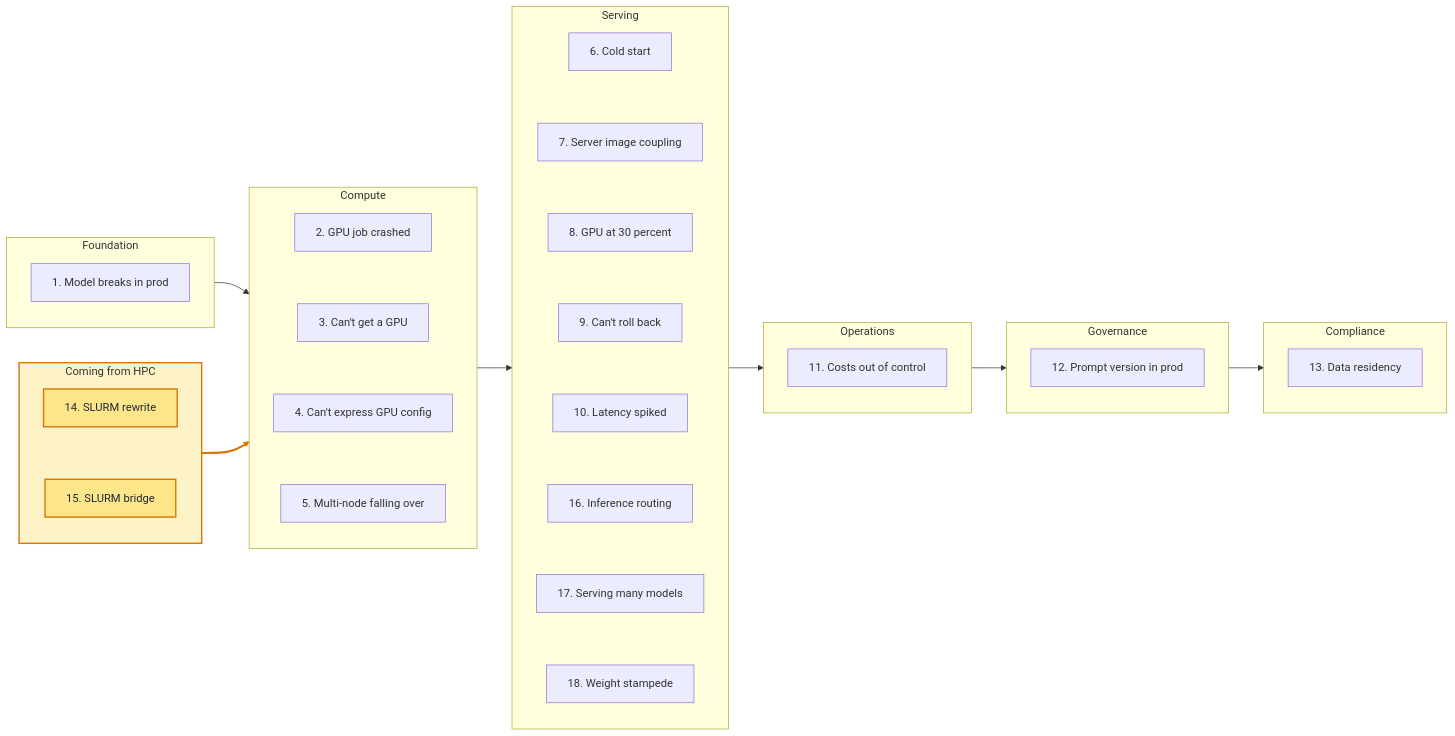
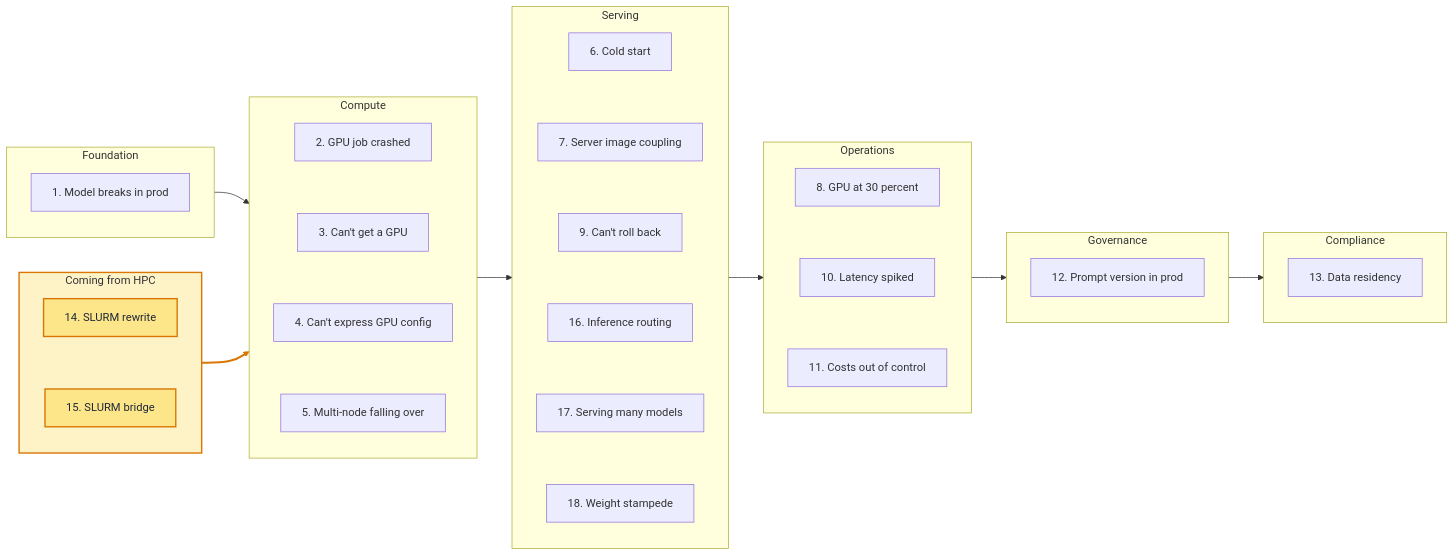
Before and after one commit to arun-gupta/the-pain-first-way: the diagram in README.md, drawn with Mermaid.

Commit message:
Rebalance Serving cluster: move GPU-underutilization and latency to Operations
Serving held 8 pains while Operations held 1. Pains 8 (GPU underutilization)
and 10 (latency observability) are day-2 operational concerns, not serving
concerns, so they join 11 (costs) to form a coherent Operations cluster.
Serving trims to 6 (6, 7, 9, 16, 17, 18). The SLURM on-ramp highlight is
unaffected.

````diff
--- a/README.md
+++ b/README.md
@@ -23,77 +23,77 @@
 ```mermaid
 flowchart LR
     subgraph S1[Foundation]
         direction TB
         N1[1. Model breaks in prod]
     end
     subgraph S2[Compute]
         direction TB
         N2[2. GPU job crashed]
         N3[3. Can't get a GPU]
         N4[4. Can't express GPU config]
         N5[5. Multi-node falling over]
         N2 ~~~ N3
         N3 ~~~ N4
         N4 ~~~ N5
     end
     subgraph S3[Serving]
         direction TB
         N6[6. Cold start]
         N7[7. Server image coupling]
-        N8[8. GPU at 30 percent]
         N9[9. Can't roll back]
-        N10[10. Latency spiked]
         N16[16. Inference routing]
         N17[17. Serving many models]
         N18[18. Weight stampede]
         N6 ~~~ N7
-        N7 ~~~ N8
-        N8 ~~~ N9
-        N9 ~~~ N10
-        N10 ~~~ N16
+        N7 ~~~ N9
+        N9 ~~~ N16
         N16 ~~~ N17
         N17 ~~~ N18
     end
     subgraph S4[Operations]
         direction TB
+        N8[8. GPU at 30 percent]
+        N10[10. Latency spiked]
         N11[11. Costs out of control]
+        N8 ~~~ N10
+        N10 ~~~ N11
     end
     subgraph S5[Governance]
         direction TB
         N12[12. Prompt version in prod]
     end
     subgraph S6[Compliance]
         direction TB
         N13[13. Data residency]
     end
     subgraph SHPC[Coming from HPC]
         direction TB
         N14[14. SLURM rewrite]
         N15[15. SLURM bridge]
         N14 ~~~ N15
     end
     S1 --> S2 --> S3 --> S4 --> S5 --> S6
     SHPC ==> S2
     classDef hpc fill:#fde68a,stroke:#d97706,stroke-width:2px,color:#1f2937;
     class N14,N15 hpc;
     style SHPC fill:#fef3c7,stroke:#d97706,stroke-width:2px;
     linkStyle 16 stroke:#d97706,stroke-width:3px;
     click N1 "https://github.com/arun-gupta/the-pain-first-way/blob/main/pains/01-model-works-locally.md"
     click N2 "https://github.com/arun-gupta/the-pain-first-way/blob/main/pains/02-gpu-job-crashed.md"
     click N3 "https://github.com/arun-gupta/the-pain-first-way/blob/main/pains/03-cant-get-a-gpu.md"
     click N4 "https://github.com/arun-gupta/the-pain-first-way/blob/main/pains/04-whole-gpus-only.md"
     click N5 "https://github.com/arun-gupta/the-pain-first-way/blob/main/pains/05-multi-node-training.md"
     click N6 "https://github.com/arun-gupta/the-pain-first-way/blob/main/pains/06-cold-start.md"
     click N7 "https://github.com/arun-gupta/the-pain-first-way/blob/main/pains/07-server-image-coupling.md"
     click N8 "https://github.com/arun-gupta/the-pain-first-way/blob/main/pains/08-gpu-underutilized.md"
     click N9 "https://github.com/arun-gupta/the-pain-first-way/blob/main/pains/09-cant-roll-back.md"
     click N10 "https://github.com/arun-gupta/the-pain-first-way/blob/main/pains/10-latency-spiked.md"
     click N11 "https://github.com/arun-gupta/the-pain-first-way/blob/main/pains/11-costs-out-of-control.md"
     click N12 "https://github.com/arun-gupta/the-pain-first-way/blob/main/pains/12-prompt-version.md"
     click N13 "https://github.com/arun-gupta/the-pain-first-way/blob/main/pains/13-data-residency.md"
     click N14 "https://github.com/arun-gupta/the-pain-first-way/blob/main/pains/14-slurm-migration.md"
     click N15 "https://github.com/arun-gupta/the-pain-first-way/blob/main/pains/15-slurm-bridge.md"
     click N16 "https://github.com/arun-gupta/the-pain-first-way/blob/main/pains/16-inference-routing.md"
     click N17 "https://github.com/arun-gupta/the-pain-first-way/blob/main/pains/17-serving-many-models.md"
     click N18 "https://github.com/arun-gupta/the-pain-first-way/blob/main/pains/18-weight-stampede.md"
 ```
````
